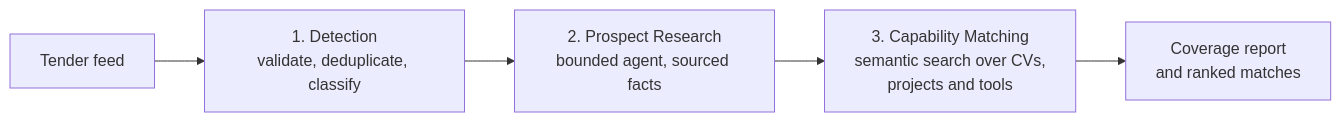
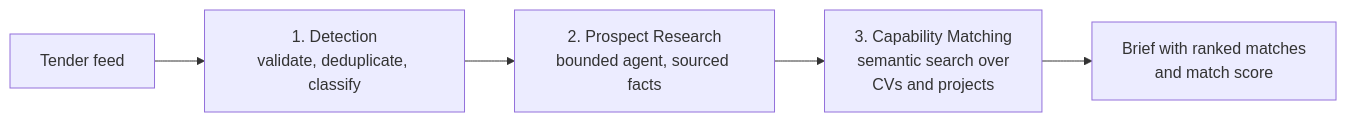
The first of 9 diagrams in README.md (MY-Kharrat/Submission-001), drawn with Mermaid before and after one commit. The commit also changed other lines of this file, not shown here.

Commit message:
Refine flowchart descriptions and matching logic

````diff
--- a/README.md
+++ b/README.md
@@ -69,7 +69,7 @@
 ```mermaid
 flowchart LR
     A["Tender feed"] --> B["1. Detection<br/>validate, deduplicate, classify"]
     B --> C["2. Prospect Research<br/>bounded agent, sourced facts"]
-    C --> D["3. Capability Matching<br/>semantic search over CVs,<br/>projects and tools"]
-    D --> E["Coverage report<br/>and ranked matches"]
+    C --> D["3. Capability Matching<br/>semantic search over<br/>CVs and projects"]
+    D --> E["Brief with ranked matches<br/>and match score"]
 ```
````
